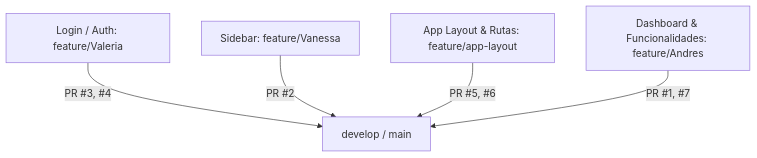
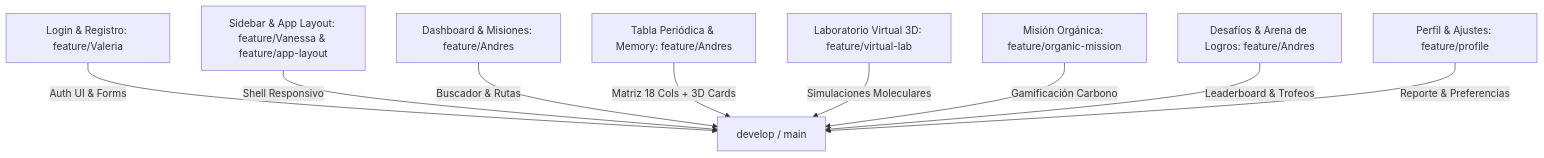
One commit to Andresittow/ReactivA changed the diagram in README.md. Above: the diagram before and after it, drawn with Mermaid. The commit also changed other lines of this file and 3 other files, not shown here.

Commit message:
Ajustes en colores y cards en home

````diff
--- a/README.md
+++ b/README.md
@@ -11,7 +13,11 @@
 ```mermaid
 graph TD
-    A[Login / Auth: feature/Valeria] -->|PR #3, #4| D[develop / main]
-    B[Sidebar: feature/Vanessa] -->|PR #2| D
-    C[App Layout & Rutas: feature/app-layout] -->|PR #5, #6| D
-    E[Dashboard & Funcionalidades: feature/Andres] -->|PR #1, #7| D
+    A[Login & Registro: feature/Valeria] -->|Auth UI & Forms| D[develop / main]
+    B[Sidebar & App Layout: feature/Vanessa & feature/app-layout] -->|Shell Responsivo| D
+    C[Dashboard & Misiones: feature/Andres] -->|Buscador & Rutas| D
+    E[Tabla Periódica & Memory: feature/Andres] -->|Matriz 18 Cols + 3D Cards| D
+    F[Laboratorio Virtual 3D: feature/virtual-lab] -->|Simulaciones Moleculares| D
+    G[Misión Orgánica: feature/organic-mission] -->|Gamificación Carbono| D
+    H[Desafíos & Arena de Logros: feature/Andres] -->|Leaderboard & Trofeos| D
+    I[Perfil & Ajustes: feature/profile] -->|Reporte & Preferencias| D
 ```
````
